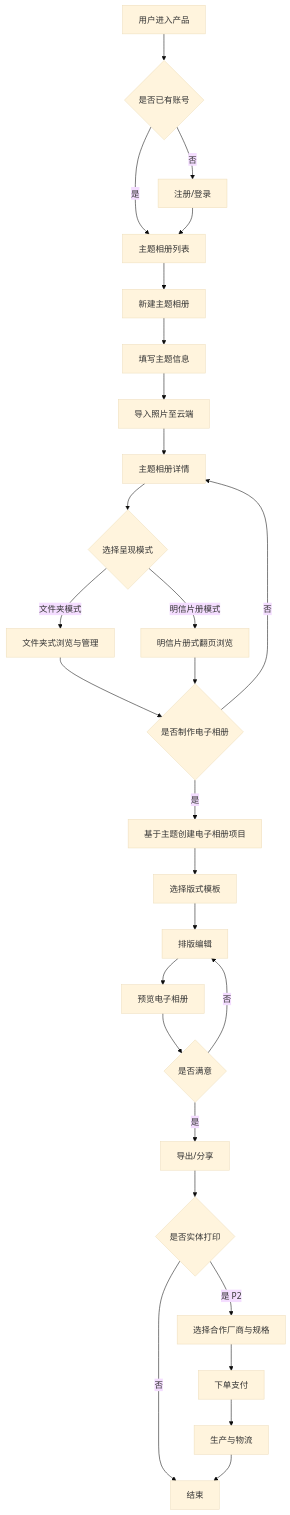
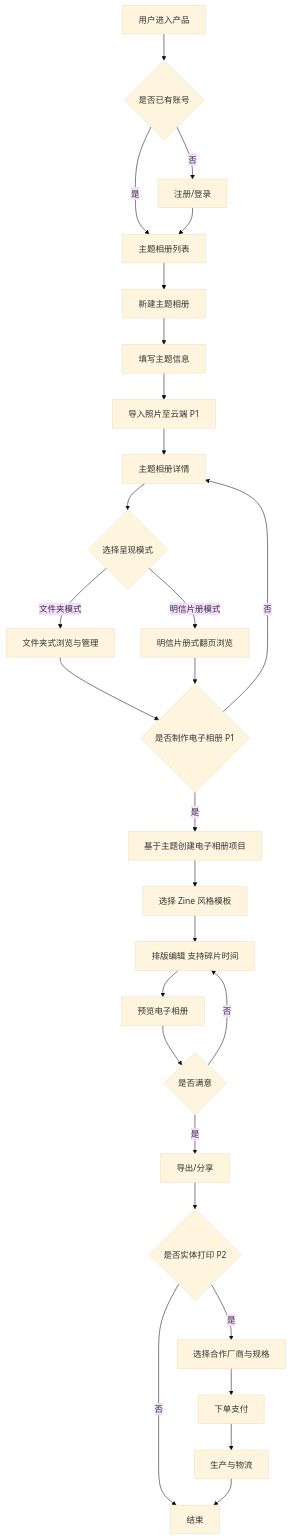
The second of 4 diagrams in PRD.md (skmywwx/MLT), drawn with Mermaid (base theme) before and after one commit. The commit also changed other lines of this file and 1 other file, not shown here.

````diff
--- a/PRD.md
+++ b/PRD.md
@@ -96,35 +145,35 @@
 ```mermaid
 flowchart TD
     A[用户进入产品] --> B{是否已有账号}
     B -->|否| C[注册/登录]
     B -->|是| D[主题相册列表]
     C --> D
 
     D --> E[新建主题相册]
     E --> F[填写主题信息]
-    F --> G[导入照片至云端]
+    F --> G[导入照片至云端 P1]
     G --> H[主题相册详情]
 
     H --> I{选择呈现模式}
     I -->|文件夹模式| J[文件夹式浏览与管理]
     I -->|明信片册模式| K[明信片册式翻页浏览]
 
-    J --> L{是否制作电子相册}
+    J --> L{是否制作电子相册 P1}
     K --> L
     L -->|否| H
     L -->|是| M[基于主题创建电子相册项目]
 
-    M --> N[选择版式模板]
-    N --> O[排版编辑]
+    M --> N[选择 Zine 风格模板]
+    N --> O[排版编辑 支持碎片时间]
     O --> P[预览电子相册]
     P --> Q{是否满意}
     Q -->|否| O
     Q -->|是| R[导出/分享]
 
-    R --> S{是否实体打印}
+    R --> S{是否实体打印 P2}
     S -->|否| T[结束]
-    S -->|是 P2| U[选择合作厂商与规格]
+    S -->|是| U[选择合作厂商与规格]
     U --> V[下单支付]
     V --> W[生产与物流]
     W --> T
 ```
````
